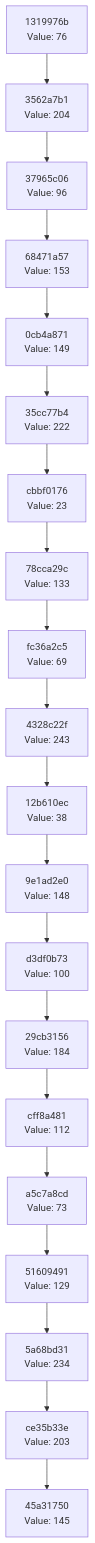
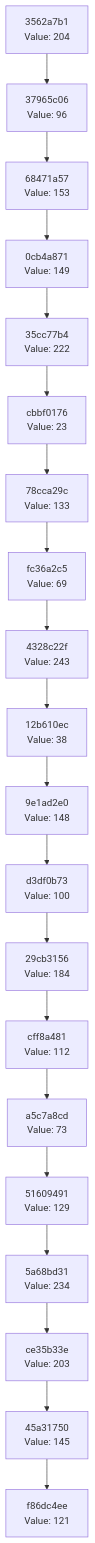
Before and after one commit to Abhisheksinha1506/hash-chain-evolver: the diagram in docs/CHAIN_VISUALIZATION.md, drawn with Mermaid. The commit also changed 1 other file, not shown here.

Commit message:
Evolution Step

````diff
--- a/docs/CHAIN_VISUALIZATION.md
+++ b/docs/CHAIN_VISUALIZATION.md
@@ -3,42 +3,42 @@
 ```mermaid
 graph TD
-    C0["45a31750<br/>Value: 145"]
-    C1["ce35b33e<br/>Value: 203"]
+    C0["f86dc4ee<br/>Value: 121"]
+    C1["45a31750<br/>Value: 145"]
     C1 --> C0
-    C2["5a68bd31<br/>Value: 234"]
+    C2["ce35b33e<br/>Value: 203"]
     C2 --> C1
-    C3["51609491<br/>Value: 129"]
+    C3["5a68bd31<br/>Value: 234"]
     C3 --> C2
-    C4["a5c7a8cd<br/>Value: 73"]
+    C4["51609491<br/>Value: 129"]
     C4 --> C3
-    C5["cff8a481<br/>Value: 112"]
+    C5["a5c7a8cd<br/>Value: 73"]
     C5 --> C4
-    C6["29cb3156<br/>Value: 184"]
+    C6["cff8a481<br/>Value: 112"]
     C6 --> C5
-    C7["d3df0b73<br/>Value: 100"]
+    C7["29cb3156<br/>Value: 184"]
     C7 --> C6
-    C8["9e1ad2e0<br/>Value: 148"]
+    C8["d3df0b73<br/>Value: 100"]
     C8 --> C7
-    C9["12b610ec<br/>Value: 38"]
+    C9["9e1ad2e0<br/>Value: 148"]
     C9 --> C8
-    C10["4328c22f<br/>Value: 243"]
+    C10["12b610ec<br/>Value: 38"]
     C10 --> C9
-    C11["fc36a2c5<br/>Value: 69"]
+    C11["4328c22f<br/>Value: 243"]
     C11 --> C10
-    C12["78cca29c<br/>Value: 133"]
+    C12["fc36a2c5<br/>Value: 69"]
     C12 --> C11
-    C13["cbbf0176<br/>Value: 23"]
+    C13["78cca29c<br/>Value: 133"]
     C13 --> C12
-    C14["35cc77b4<br/>Value: 222"]
+    C14["cbbf0176<br/>Value: 23"]
     C14 --> C13
-    C15["0cb4a871<br/>Value: 149"]
+    C15["35cc77b4<br/>Value: 222"]
     C15 --> C14
-    C16["68471a57<br/>Value: 153"]
+    C16["0cb4a871<br/>Value: 149"]
     C16 --> C15
-    C17["37965c06<br/>Value: 96"]
+    C17["68471a57<br/>Value: 153"]
     C17 --> C16
-    C18["3562a7b1<br/>Value: 204"]
+    C18["37965c06<br/>Value: 96"]
     C18 --> C17
-    C19["1319976b<br/>Value: 76"]
+    C19["3562a7b1<br/>Value: 204"]
     C19 --> C18
 ```
````
